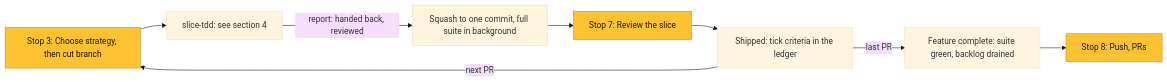
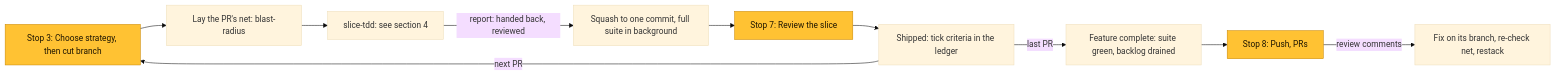
The fourth of 6 diagrams in docs/workflow.md (josephgee/agent-tools), drawn with Mermaid (base theme) before and after one commit. The commit also changed other lines of this file and 10 other files, not shown here.

First line of the commit message:
blast-radius: regression net as its own skill

````diff
--- a/docs/workflow.md
+++ b/docs/workflow.md
@@ -64,12 +65,14 @@
 ```mermaid
 flowchart LR
-  choose["Stop 3: Choose strategy, then cut branch"]:::you --> tdd["slice-tdd: see section 4"]
+  choose["Stop 3: Choose strategy, then cut branch"]:::you --> lay["Lay the PR's net: blast-radius"]
+  lay --> tdd["slice-tdd: see section 4"]
   tdd -->|report: handed back, reviewed| squash["Squash to one commit, full suite in background"]
   squash --> review["Stop 7: Review the slice"]:::you
   review --> shipped["Shipped: tick criteria in the ledger"]
   shipped -->|next PR| choose
   shipped -->|last PR| complete["Feature complete: suite green, backlog drained"]
   complete --> push["Stop 8: Push, PRs"]:::you
+  push -->|review comments| fix["Fix on its branch, re-check net, restack"]
 
   classDef you fill:#ffc233,stroke:#c98600,color:#1d1500
 ```
````
